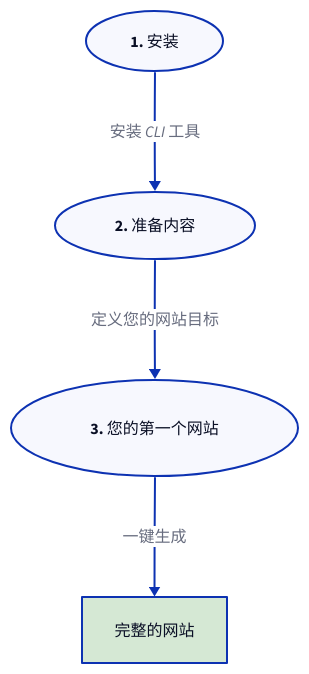
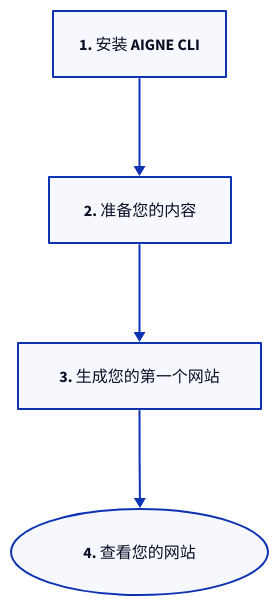
The diagram in .aigne/doc-smith/docs/getting-started.zh.md (AIGNE-io/aigne-web-smith), drawn with D2 before and after one commit. The commit also changed other lines of this file and 90 other files, not shown here.

````diff
--- a/.aigne/doc-smith/docs/getting-started.zh.md
+++ b/.aigne/doc-smith/docs/getting-started.zh.md
@@ -11,28 +7,25 @@
 ```d2
 direction: down
 
-step1: {
-  label: "1. 安装"
+Install: {
+  label: "1. 安装 AIGNE CLI"
+  shape: rectangle
+}
+
+Prepare: {
+  label: "2. 准备您的内容"
+  shape: rectangle
+}
+
+Generate: {
+  label: "3. 生成您的第一个网站"
+  shape: rectangle
+}
+
+View: {
+  label: "4. 查看您的网站"
   shape: oval
 }
 
-step2: {
-  label: "2. 准备内容"
-  shape: oval
-}
-
-step3: {
-  label: "3. 您的第一个网站"
-  shape: oval
-}
-
-result: {
-  label: "完整的网站"
-  shape: rectangle
-  style.fill: "#D5E8D4"
-}
-
-step1 -> step2: "安装 CLI 工具"
-step2 -> step3: "定义您的网站目标"
-step3 -> result: "一键生成"
+Install -> Prepare -> Generate -> View
 ```
````
